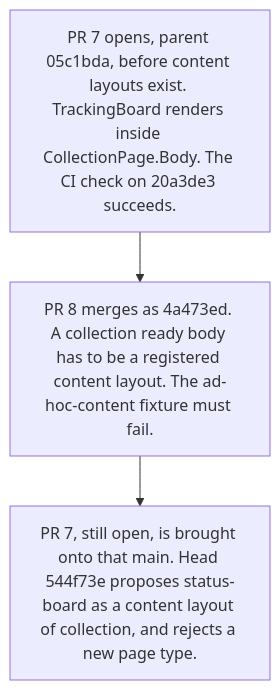
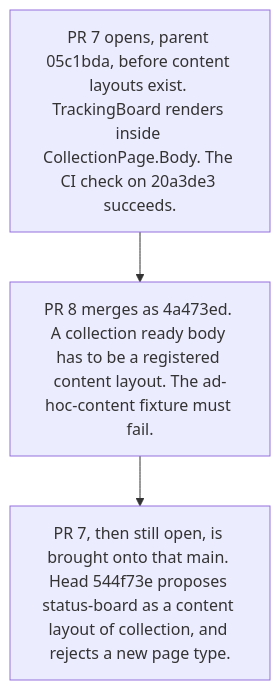
The tenth of 11 diagrams in docs/how-it-works.md (tounsoo/agent-design-loop), drawn with Mermaid before and after one commit. The commit also changed other lines of this file and 25 other files, not shown here.

````diff
--- a/docs/how-it-works.md
+++ b/docs/how-it-works.md
@@ -331,7 +345,7 @@
 ```mermaid
 flowchart TB
   opened["PR 7 opens, parent 05c1bda, before content layouts exist. TrackingBoard renders inside CollectionPage.Body. The CI check on 20a3de3 succeeds."]
   merged["PR 8 merges as 4a473ed. A collection ready body has to be a registered content layout. The ad-hoc-content fixture must fail."]
-  updated["PR 7, still open, is brought onto that main. Head 544f73e proposes status-board as a content layout of collection, and rejects a new page type."]
+  updated["PR 7, then still open, is brought onto that main. Head 544f73e proposes status-board as a content layout of collection, and rejects a new page type."]
   opened --> merged --> updated
 ```
````
